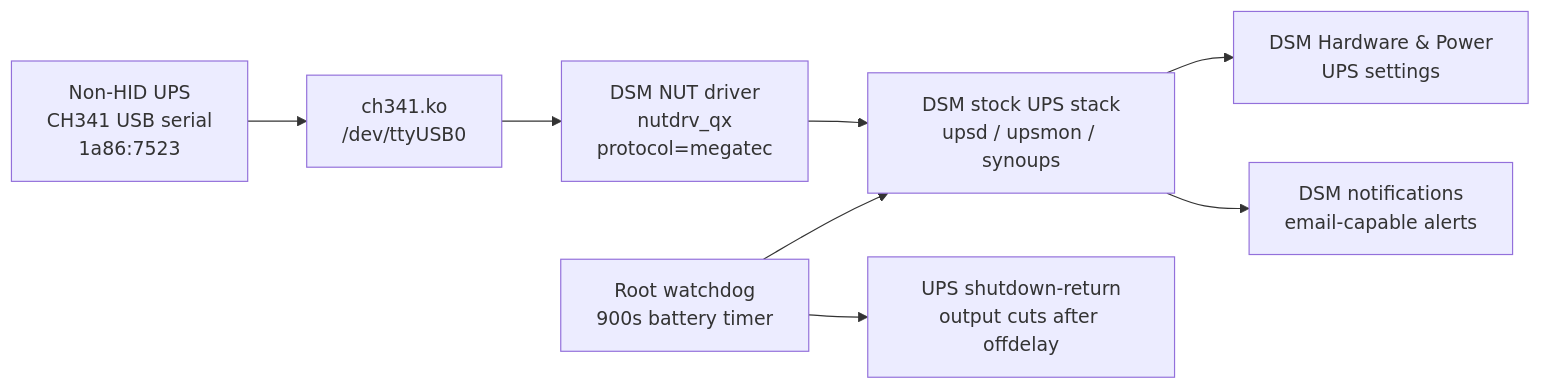
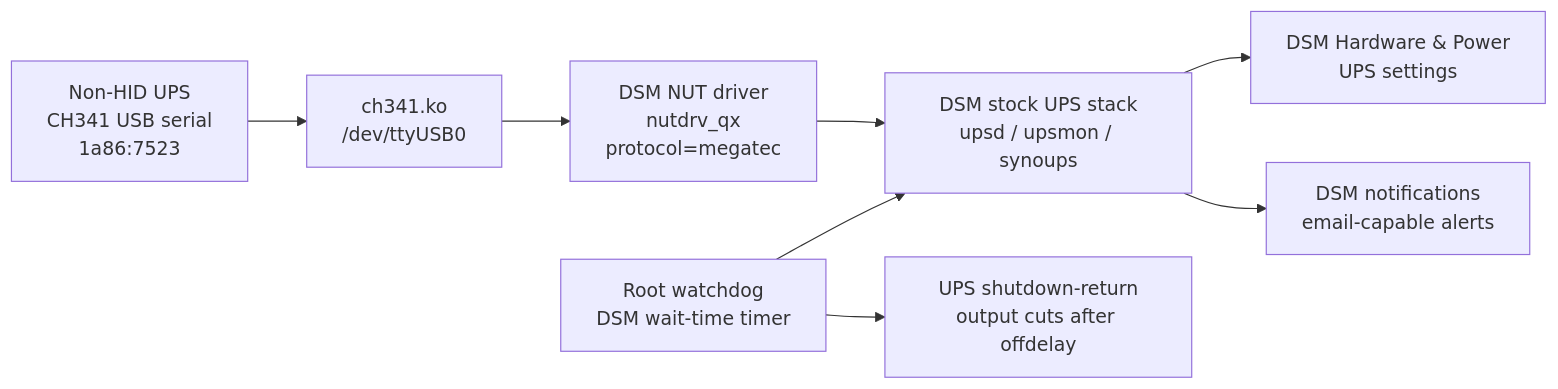
One commit to papa-vova/synology-nut-ch341-ups changed the first of 2 diagrams in README.md. Above: the diagram before and after it, drawn with Mermaid. The commit also changed other lines of this file and 3 other files, not shown here.

Commit message:
Respect DSM UPS settings in watchdog

````diff
--- a/README.md
+++ b/README.md
@@ -31,10 +31,10 @@
 ```mermaid
 flowchart LR
   UPS["Non-HID UPS<br/>CH341 USB serial<br/>1a86:7523"] --> Module["ch341.ko<br/>/dev/ttyUSB0"]
   Module --> Driver["DSM NUT driver<br/>nutdrv_qx<br/>protocol=megatec"]
   Driver --> Stock["DSM stock UPS stack<br/>upsd / upsmon / synoups"]
   Stock --> GUI["DSM Hardware & Power<br/>UPS settings"]
   Stock --> Notify["DSM notifications<br/>email-capable alerts"]
-  Watchdog["Root watchdog<br/>900s battery timer"] --> Stock
+  Watchdog["Root watchdog<br/>DSM wait-time timer"] --> Stock
   Watchdog --> Cut["UPS shutdown-return<br/>output cuts after offdelay"]
 ```
````
